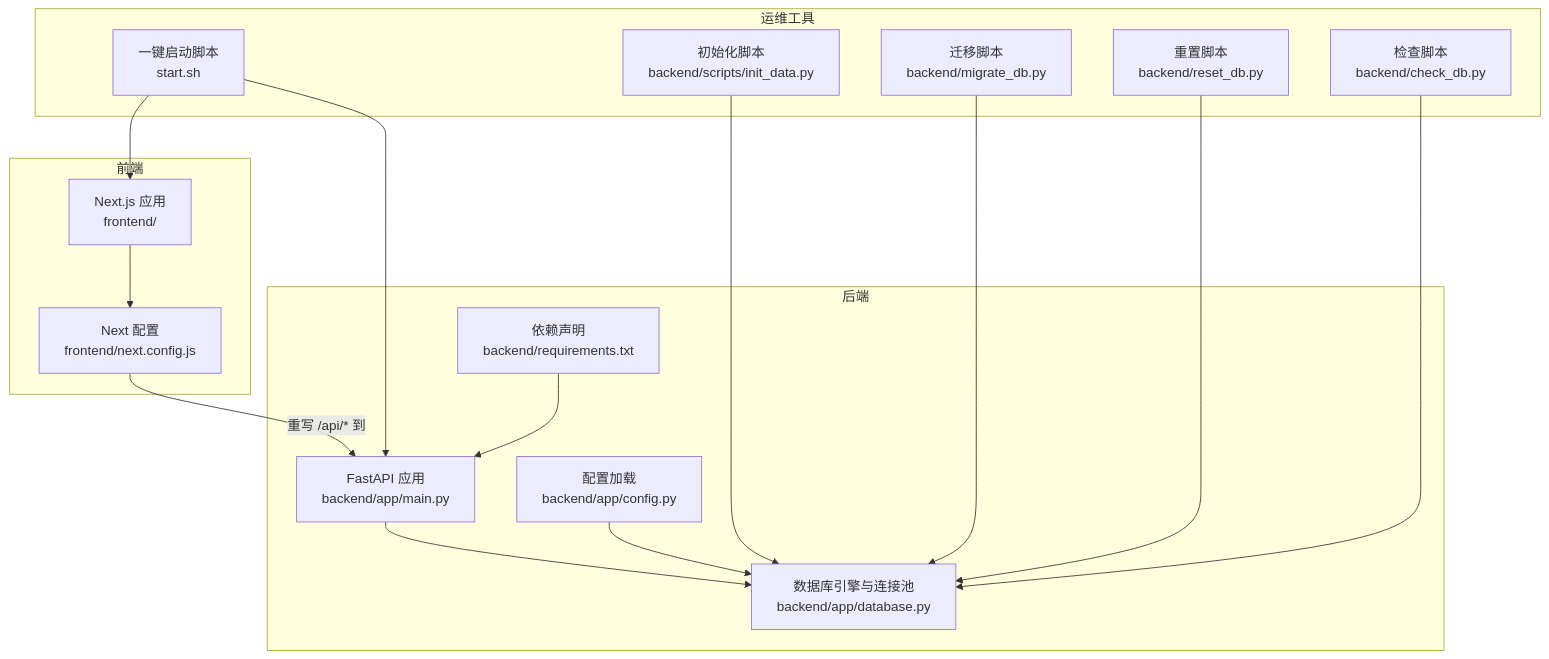
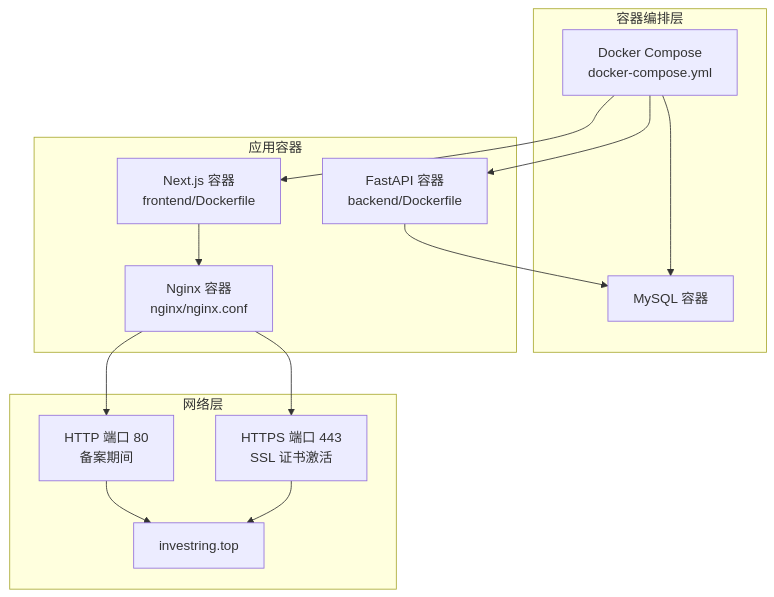
One commit to gujialind/InvestRing changed the first of 4 diagrams in .qoder/repowiki/zh/content/开发指南/部署指南/生产环境部署.md. Above: the diagram before and after it, drawn with Mermaid. The commit also changed other lines of this file and 32 other files, not shown here.

````diff
--- a/.qoder/repowiki/zh/content/开发指南/部署指南/生产环境部署.md
+++ b/.qoder/repowiki/zh/content/开发指南/部署指南/生产环境部署.md
@@ -49,31 +54,26 @@
 ```mermaid
 graph TB
-subgraph "前端"
-FE_Next["Next.js 应用<br/>frontend/"]
-FE_Config["Next 配置<br/>frontend/next.config.js"]
+subgraph "容器编排层"
+DC["Docker Compose<br/>docker-compose.yml"]
+DB["MySQL 容器"]
 end
-subgraph "后端"
-BE_API["FastAPI 应用<br/>backend/app/main.py"]
-BE_DB["数据库引擎与连接池<br/>backend/app/database.py"]
-BE_CFG["配置加载<br/>backend/app/config.py"]
-BE_REQ["依赖声明<br/>backend/requirements.txt"]
+subgraph "应用容器"
+FE_Next["Next.js 容器<br/>frontend/Dockerfile"]
+BE_API["FastAPI 容器<br/>backend/Dockerfile"]
+NGINX["Nginx 容器<br/>nginx/nginx.conf"]
 end
-subgraph "运维工具"
-OP_Start["一键启动脚本<br/>start.sh"]
-OP_Init["初始化脚本<br/>backend/scripts/init_data.py"]
-OP_Mig["迁移脚本<br/>backend/migrate_db.py"]
-OP_Reset["重置脚本<br/>backend/reset_db.py"]
-OP_Check["检查脚本<br/>backend/check_db.py"]
+subgraph "网络层"
+HTTP80["HTTP 端口 80<br/>备案期间"]
+HTTPS443["HTTPS 端口 443<br/>SSL 证书激活"]
+DOMAIN["investring.top"]
 end
-FE_Next --> FE_Config
-FE_Config --> |"重写 /api/* 到"| BE_API
-OP_Start --> BE_API
-OP_Start --> FE_Next
-BE_API --> BE_DB
-BE_CFG --> BE_DB
-BE_REQ --> BE_API
-OP_Init --> BE_DB
-OP_Mig --> BE_DB
-OP_Reset --> BE_DB
-OP_Check --> BE_DB
+DC --> FE_Next
+DC --> BE_API
+DC --> DB
+FE_Next --> NGINX
+BE_API --> DB
+NGINX --> HTTP80
+NGINX --> HTTPS443
+HTTP80 --> DOMAIN
+HTTPS443 --> DOMAIN
 ```
````
